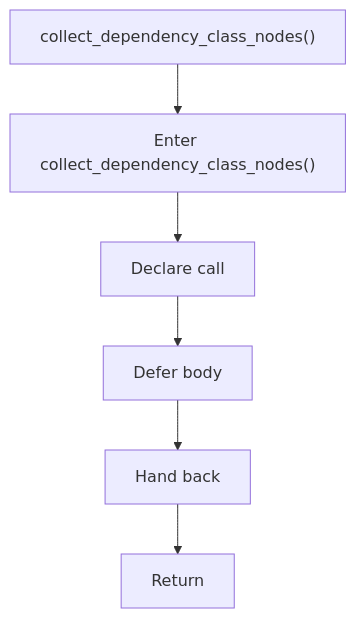
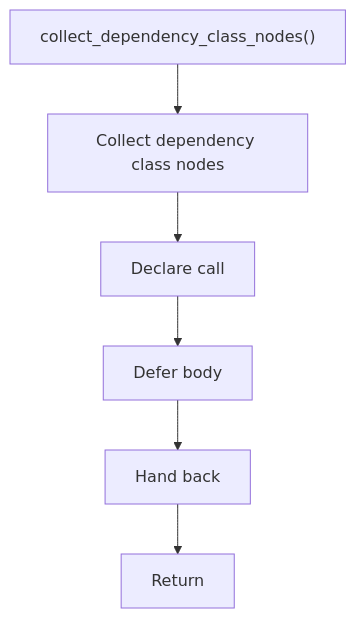
Before and after one commit to JohnAndrewBalbarosa/NeoTerritory: the fourth of 5 diagrams in docs/Codebase/Microservice/Modules/Header/SyntacticBrokenAST/Trees/Shared/dependency_utils.hpp.md, drawn with Mermaid. The commit also changed other lines of this file and 925 other files, not shown here.

````diff
--- a/docs/Codebase/Microservice/Modules/Header/SyntacticBrokenAST/Trees/Shared/dependency_utils.hpp.md
+++ b/docs/Codebase/Microservice/Modules/Header/SyntacticBrokenAST/Trees/Shared/dependency_utils.hpp.md
@@ -123,14 +122,14 @@
 ```mermaid
 flowchart TD
     Start["collect_dependency_class_nodes()"]
-    N0["Enter collect_dependency_class_nodes()"]
+    N0["Collect dependency class nodes"]
     N1["Declare call"]
     N2["Defer body"]
     N3["Hand back"]
     End["Return"]
     Start --> N0
     N0 --> N1
     N1 --> N2
     N2 --> N3
     N3 --> End
 ```
````
